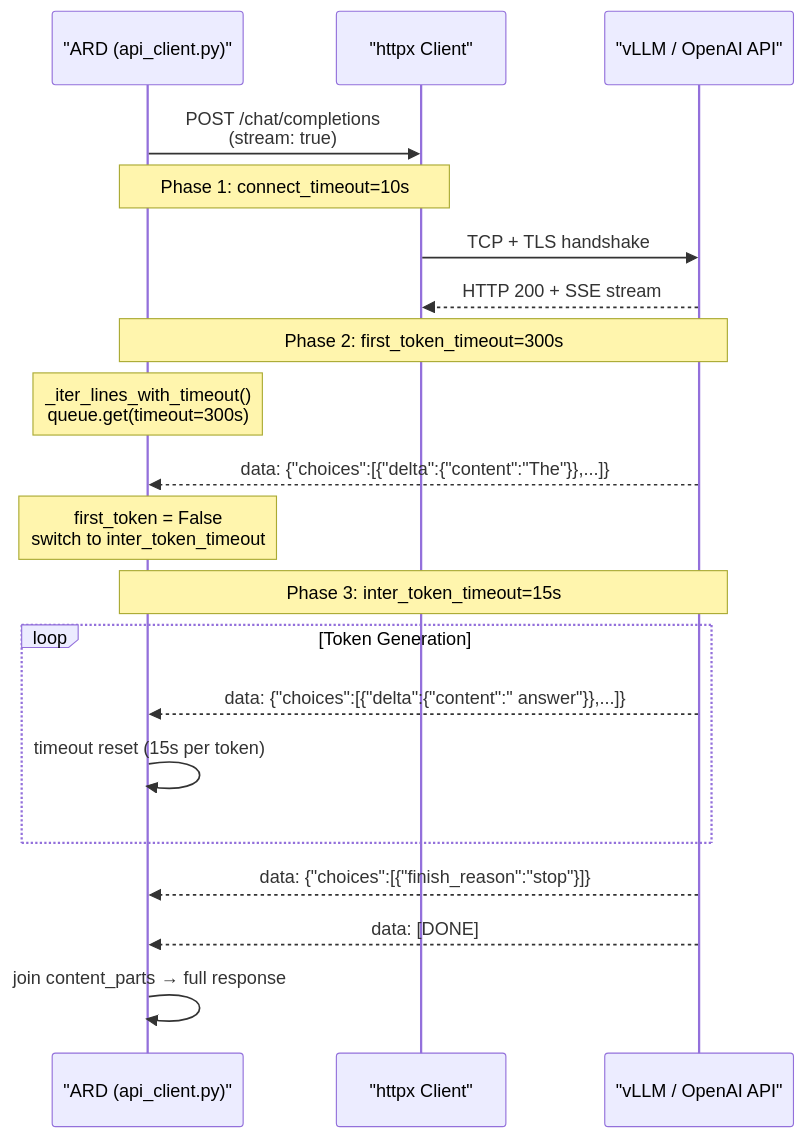
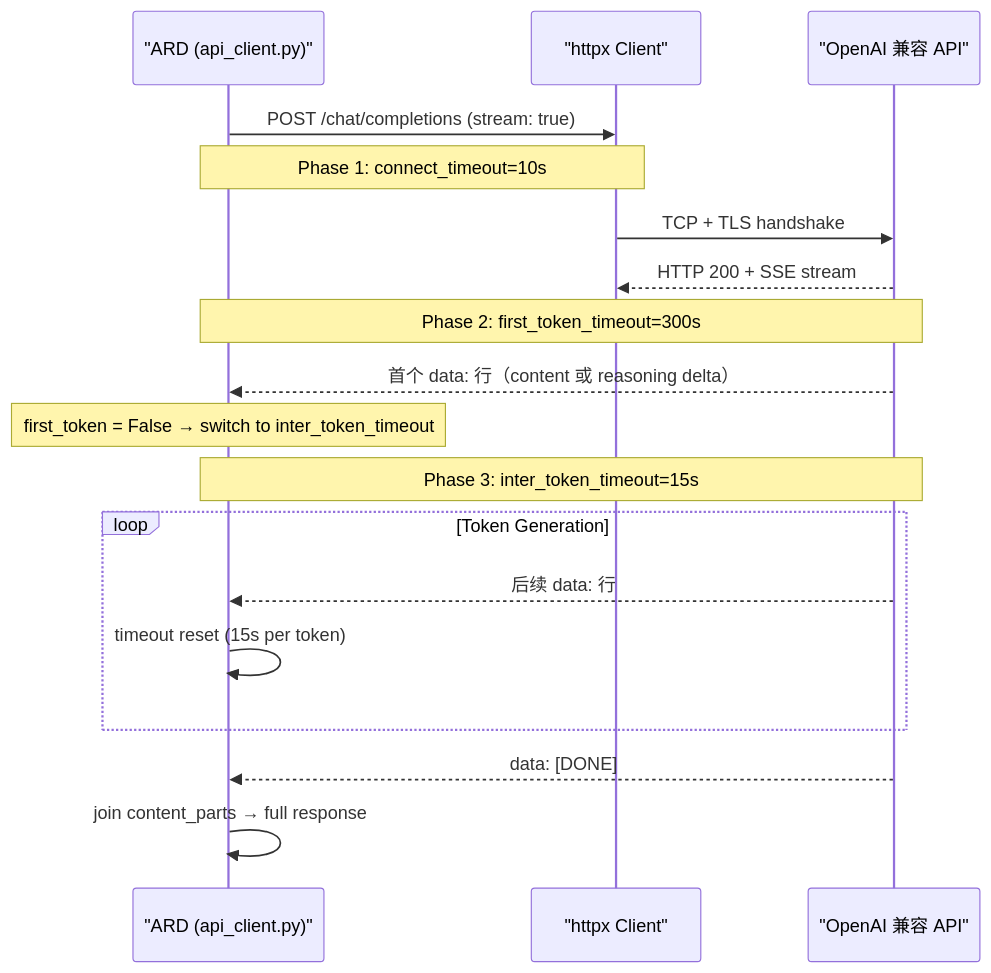
One commit to godthrone/anchor-replay-distillation changed the seventh of 10 diagrams in docs/architecture.md. Above: the diagram before and after it, drawn with Mermaid. The commit also changed other lines of this file, not shown here.

First line of the commit message:
docs(architecture): align module map and appendix with src/ard, sink impl details

````diff
--- a/docs/architecture.md
+++ b/docs/architecture.md
@@ -586,30 +1041,21 @@
 ```mermaid
 sequenceDiagram
     participant ARD as "ARD (api_client.py)"
     participant HTTPX as "httpx Client"
-    participant API as "vLLM / OpenAI API"
+    participant API as "OpenAI 兼容 API"
 
-    ARD->>HTTPX: POST /chat/completions<br/>(stream: true)
+    ARD->>HTTPX: POST /chat/completions (stream: true)
     Note over ARD,HTTPX: Phase 1: connect_timeout=10s
-
     HTTPX->>API: TCP + TLS handshake
     API-->>HTTPX: HTTP 200 + SSE stream
-
     Note over ARD,API: Phase 2: first_token_timeout=300s
-    Note over ARD: _iter_lines_with_timeout()<br/>queue.get(timeout=300s)
-
-    API-->>ARD: data: {"choices":[{"delta":{"content":"The"}},...]}
-    Note over ARD: first_token = False<br/>switch to inter_token_timeout
-
+    API-->>ARD: 首个 data: 行（content 或 reasoning delta）
+    Note over ARD: first_token = False → switch to inter_token_timeout
     Note over ARD,API: Phase 3: inter_token_timeout=15s
-
     loop Token Generation
-        API-->>ARD: data: {"choices":[{"delta":{"content":" answer"}},...]}
+        API-->>ARD: 后续 data: 行
         ARD->>ARD: timeout reset (15s per token)
     end
-
-    API-->>ARD: data: {"choices":[{"finish_reason":"stop"}]}
     API-->>ARD: data: [DONE]
-
     ARD->>ARD: join content_parts → full response
 ```
````
